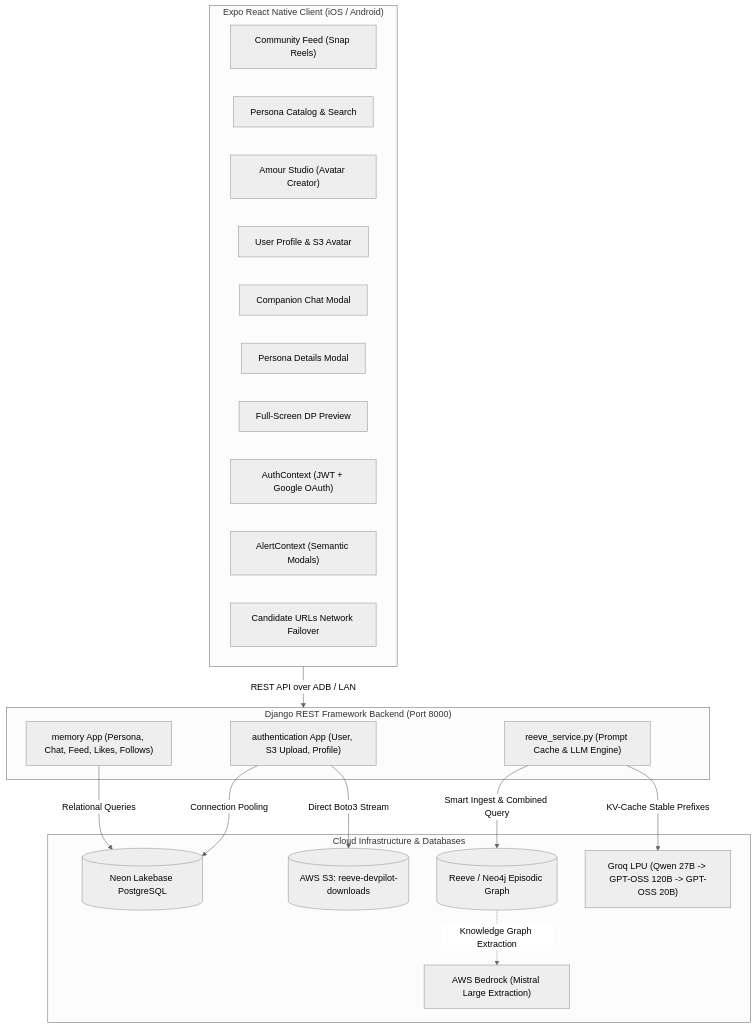
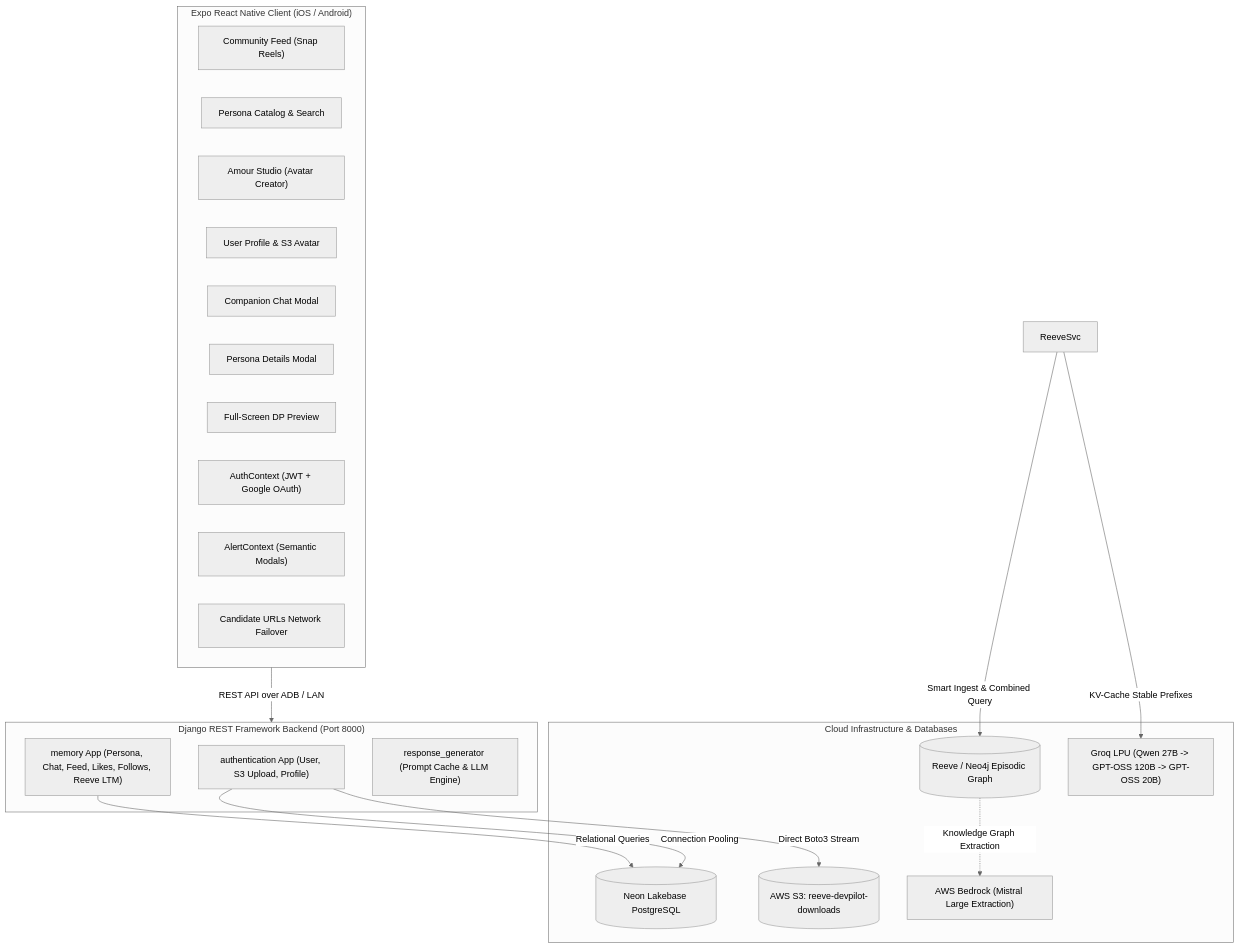
Before and after one commit to Ampplex/Amour-AI: the first of 2 diagrams in SYSTEM_ARCHITECTURE_AND_ENGINEERING.md, drawn with Mermaid (neutral theme). The commit also changed other lines of this file and 9 other files, not shown here.

````diff
--- a/SYSTEM_ARCHITECTURE_AND_ENGINEERING.md
+++ b/SYSTEM_ARCHITECTURE_AND_ENGINEERING.md
@@ -39,38 +39,38 @@
 ```mermaid
 flowchart TD
     subgraph Client ["Expo React Native Client (iOS / Android)"]
         UI_Home["Community Feed (Snap Reels)"]
         UI_Personas["Persona Catalog & Search"]
         UI_Studio["Amour Studio (Avatar Creator)"]
         UI_Profile["User Profile & S3 Avatar"]
         UI_Chat["Companion Chat Modal"]
         UI_Detail["Persona Details Modal"]
         UI_Preview["Full-Screen DP Preview"]
         
         AuthCtx["AuthContext (JWT + Google OAuth)"]
         AlertCtx["AlertContext (Semantic Modals)"]
         NetFail["Candidate URLs Network Failover"]
     end
 
     subgraph Backend ["Django REST Framework Backend (Port 8000)"]
         AuthApp["authentication App (User, S3 Upload, Profile)"]
-        MemApp["memory App (Persona, Chat, Feed, Likes, Follows)"]
-        ReeveSvc["reeve_service.py (Prompt Cache & LLM Engine)"]
+        MemApp["memory App (Persona, Chat, Feed, Likes, Follows, Reeve LTM)"]
+        RespGen["response_generator (Prompt Cache & LLM Engine)"]
     end
 
     subgraph Storage ["Cloud Infrastructure & Databases"]
         NeonPG[("Neon Lakebase PostgreSQL")]
         S3Bucket[("AWS S3: reeve-devpilot-downloads")]
         ReeveGraph[("Reeve / Neo4j Episodic Graph")]
         Bedrock["AWS Bedrock (Mistral Large Extraction)"]
         Groq["Groq LPU (Qwen 27B -> GPT-OSS 120B -> GPT-OSS 20B)"]
     end
 
     Client -->|REST API over ADB / LAN| Backend
     AuthApp -->|Connection Pooling| NeonPG
     AuthApp -->|Direct Boto3 Stream| S3Bucket
     MemApp -->|Relational Queries| NeonPG
     ReeveSvc -->|Smart Ingest & Combined Query| ReeveGraph
     ReeveGraph -.->|Knowledge Graph Extraction| Bedrock
     ReeveSvc -->|KV-Cache Stable Prefixes| Groq
 ```
````
